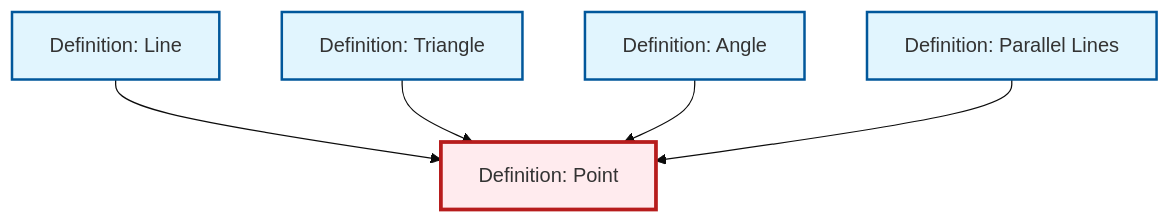
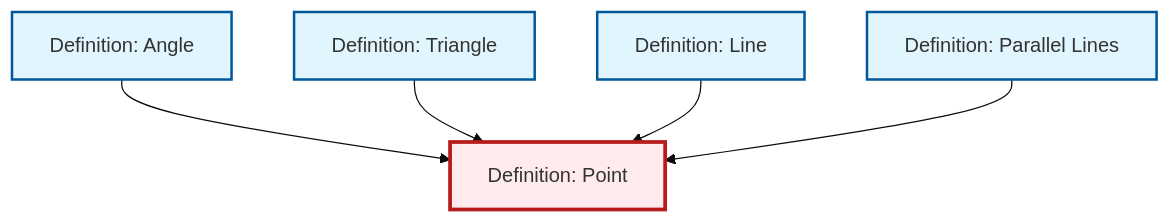
The diagram in content/ja/geometry/def-point.qmd (RK0429/ModernMath), drawn with Mermaid (base theme) before and after one commit. The commit also changed other lines of this file and 581 other files, not shown here.

````diff
--- a/content/ja/geometry/def-point.qmd
+++ b/content/ja/geometry/def-point.qmd
@@ -40,23 +40,23 @@
 ```{mermaid}
 %%| fig-cap: "Local dependency graph"
 graph TD
     classDef definition fill:#e1f5fe,stroke:#01579b,stroke-width:2px
     classDef theorem fill:#f3e5f5,stroke:#4a148c,stroke-width:2px
     classDef axiom fill:#fff3e0,stroke:#e65100,stroke-width:2px
     classDef example fill:#e8f5e9,stroke:#1b5e20,stroke-width:2px
     classDef current fill:#ffebee,stroke:#b71c1c,stroke-width:3px
+    def-point["Definition: Point"]:::definition
+    def-triangle["Definition: Triangle"]:::definition
     def-line["Definition: Line"]:::definition
-    def-triangle["Definition: Triangle"]:::definition
-    def-point["Definition: Point"]:::definition
+    def-angle["Definition: Angle"]:::definition
     def-parallel["Definition: Parallel Lines"]:::definition
-    def-angle["Definition: Angle"]:::definition
+    def-angle --> def-point
+    def-triangle --> def-point
     def-line --> def-point
-    def-triangle --> def-point
-    def-angle --> def-point
     def-parallel --> def-point
     class def-point current
+    click def-triangle "def-triangle.html" "Definition: Triangleへ"
     click def-line "def-line.html" "Definition: Lineへ"
-    click def-triangle "def-triangle.html" "Definition: Triangleへ"
+    click def-angle "def-angle.html" "Definition: Angleへ"
     click def-parallel "def-parallel.html" "Definition: Parallel Linesへ"
-    click def-angle "def-angle.html" "Definition: Angleへ"
 ```
````
